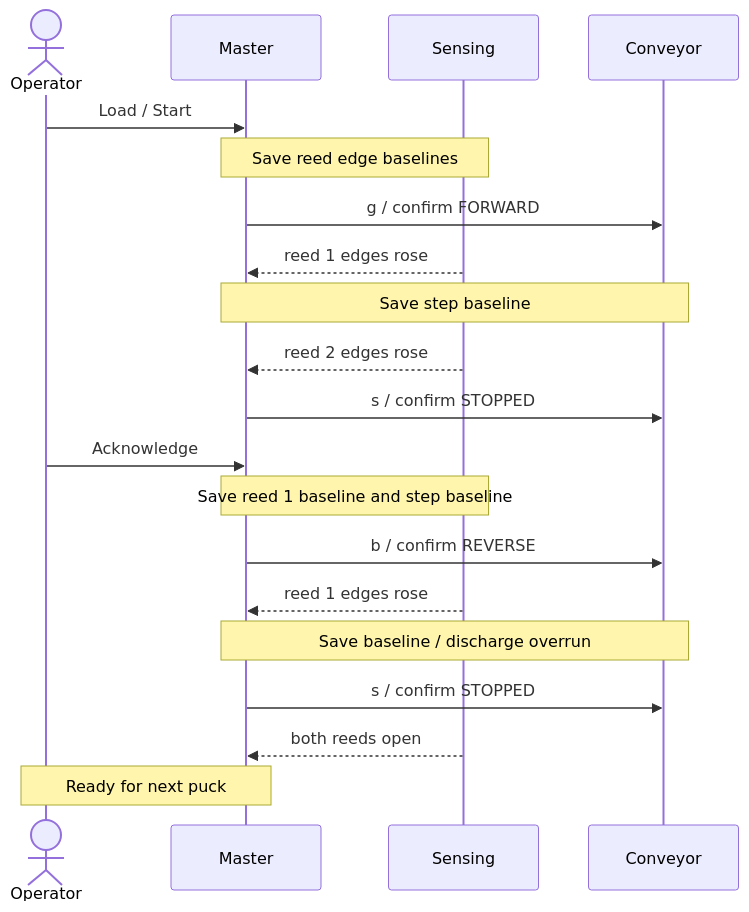
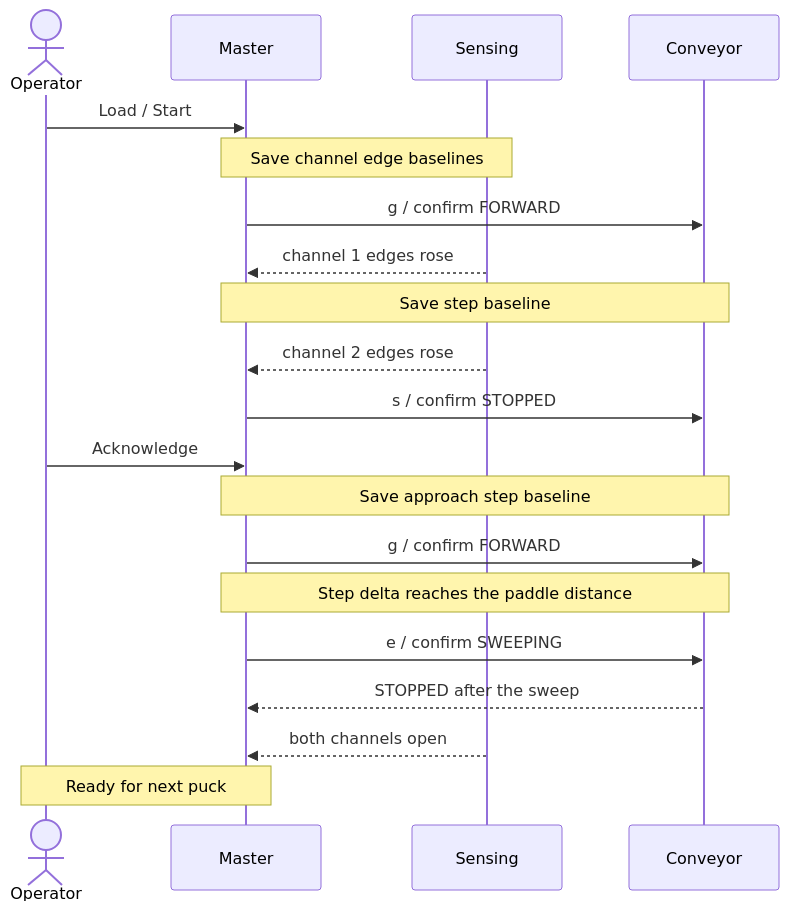
Before and after one commit to jay-nicholson/icte4005: the diagram in CONTRACT.md, drawn with Mermaid. The commit also changed other lines of this file and 26 other files, not shown here.

````diff
--- a/CONTRACT.md
+++ b/CONTRACT.md
@@ -81,22 +84,22 @@
 ```mermaid
 sequenceDiagram
     actor O as Operator
     participant M as Master
     participant S as Sensing
     participant C as Conveyor
     O->>M: Load / Start
-    Note over M,S: Save reed edge baselines
+    Note over M,S: Save channel edge baselines
     M->>C: g / confirm FORWARD
-    S-->>M: reed 1 edges rose
+    S-->>M: channel 1 edges rose
     Note over M,C: Save step baseline
-    S-->>M: reed 2 edges rose
+    S-->>M: channel 2 edges rose
     M->>C: s / confirm STOPPED
     O->>M: Acknowledge
-    Note over M,S: Save reed 1 baseline and step baseline
-    M->>C: b / confirm REVERSE
-    S-->>M: reed 1 edges rose
-    Note over M,C: Save baseline / discharge overrun
-    M->>C: s / confirm STOPPED
-    S-->>M: both reeds open
+    Note over M,C: Save approach step baseline
+    M->>C: g / confirm FORWARD
+    Note over M,C: Step delta reaches the paddle distance
+    M->>C: e / confirm SWEEPING
+    C-->>M: STOPPED after the sweep
+    S-->>M: both channels open
     Note over O,M: Ready for next puck
 ```
````
